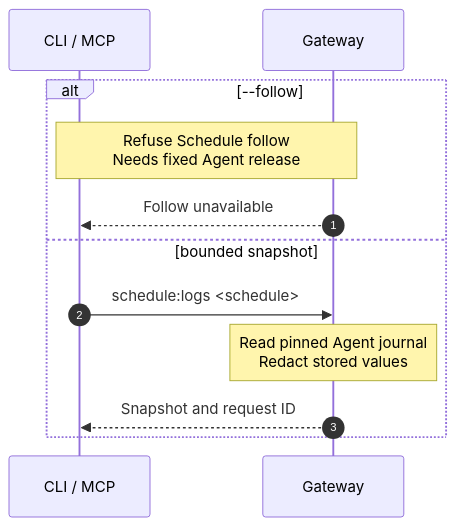
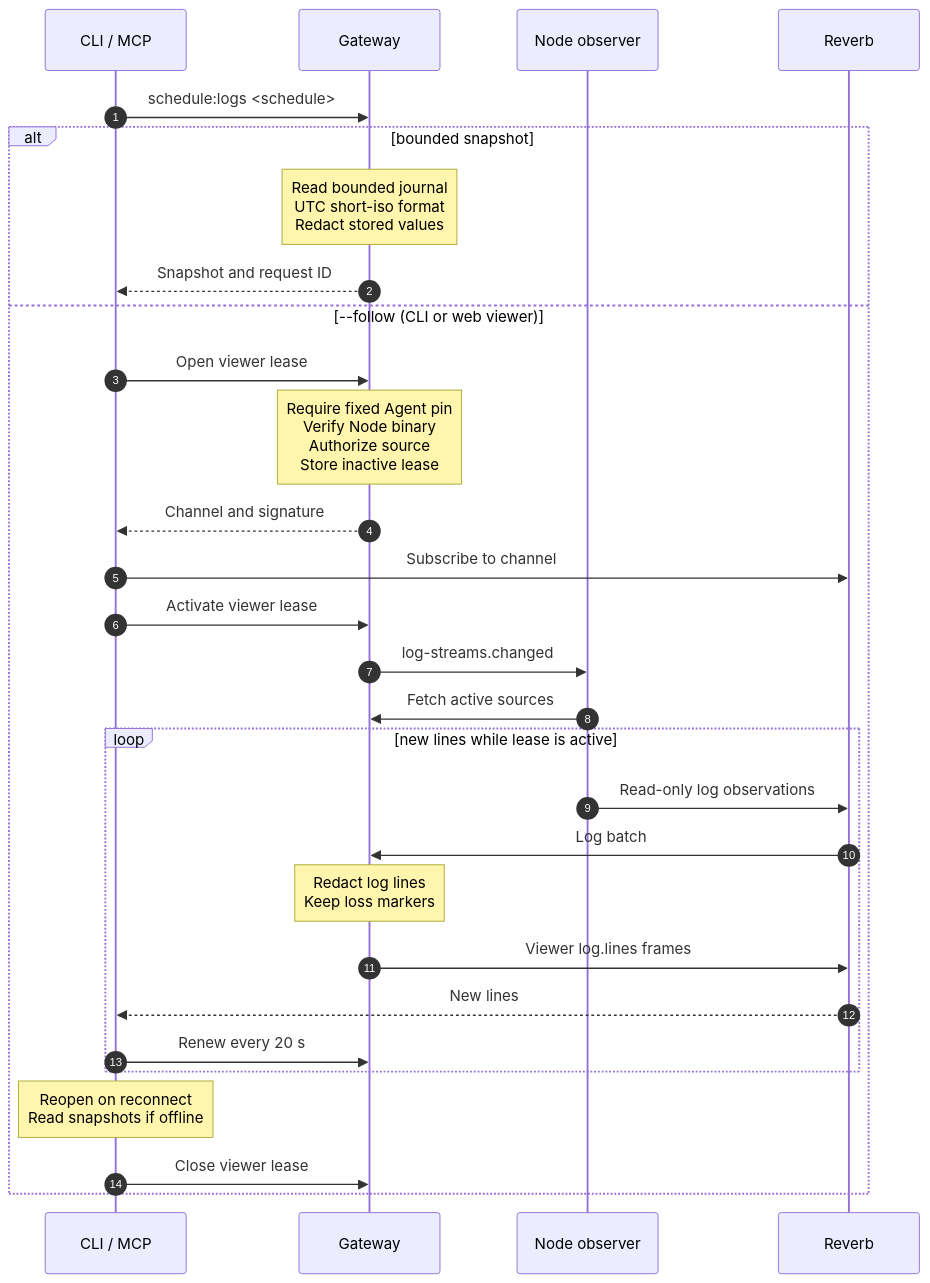
The diagram in docs/cli/schedule/logs.mmd (hardimpactdev/orbit), drawn with Mermaid before and after one commit. The commit also changed 9 other files, not shown here.

Commit message:
refactor(cli): gate Schedule follow on the fixed Agent pin

```diff
--- a/docs/cli/schedule/logs.mmd
+++ b/docs/cli/schedule/logs.mmd
@@ -1,15 +1,32 @@
 sequenceDiagram
   %% status: draft
   %% command: schedule:logs
   %% kind: schedule.logs
   autonumber
   participant CLI as CLI / MCP
   participant GW as Gateway
-  alt --follow
-    Note over CLI,GW: Refuse Schedule follow<br/>Needs fixed Agent release
-    GW-->>CLI: Follow unavailable
-  else bounded snapshot
-    CLI->>GW: schedule:logs <schedule>
-    Note over GW: Read pinned Agent journal<br/>Redact stored values
+  participant A as Node observer
+  participant R as Reverb
+  CLI->>GW: schedule:logs <schedule>
+  alt bounded snapshot
+    Note over GW: Read bounded journal<br/>UTC short-iso format<br/>Redact stored values
     GW-->>CLI: Snapshot and request ID
+  else --follow (CLI or web viewer)
+    CLI->>GW: Open viewer lease
+    Note over GW: Require fixed Agent pin<br/>Verify Node binary<br/>Authorize source<br/>Store inactive lease
+    GW-->>CLI: Channel and signature
+    CLI->>R: Subscribe to channel
+    CLI->>GW: Activate viewer lease
+    GW->>A: log-streams.changed
+    A->>GW: Fetch active sources
+    loop new lines while lease is active
+      A->>R: Read-only log observations
+      R->>GW: Log batch
+      Note over GW: Redact log lines<br/>Keep loss markers
+      GW->>R: Viewer log.lines frames
+      R-->>CLI: New lines
+      CLI->>GW: Renew every 20 s
+    end
+    Note over CLI: Reopen on reconnect<br/>Read snapshots if offline
+    CLI->>GW: Close viewer lease
   end
```
